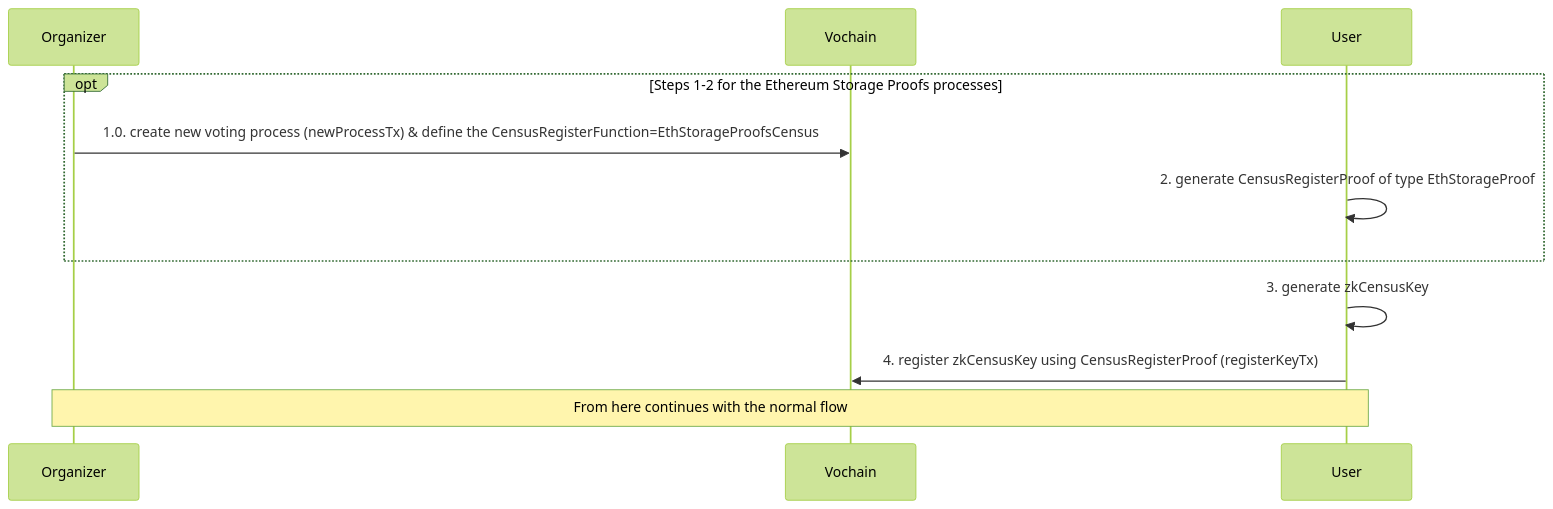
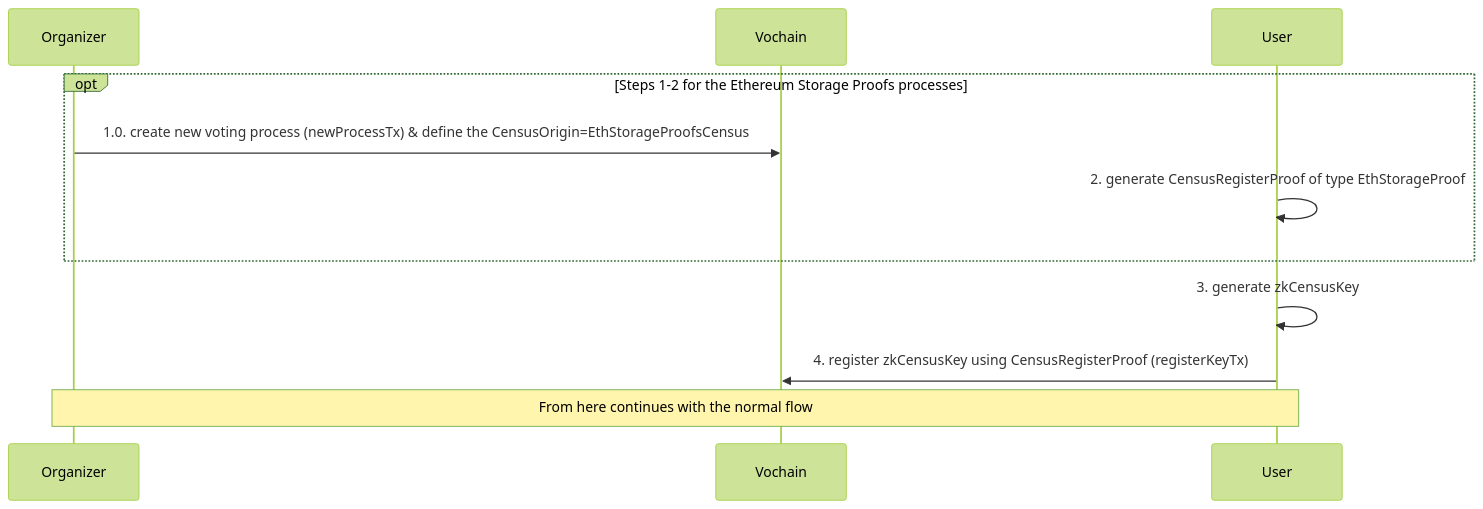
Before and after one commit to vocdoni/docs: the third of 3 diagrams in src/architecture/protocol/anonymous-voting/zk-census-proof.md, drawn with Mermaid. The commit also changed other lines of this file and 1 other file, not shown here.

First line of the commit message:
Add process flag preRegister &update zk-census doc

````diff
--- a/src/architecture/protocol/anonymous-voting/zk-census-proof.md
+++ b/src/architecture/protocol/anonymous-voting/zk-census-proof.md
@@ -183,12 +186,12 @@
 ```mermaid
 %%{init: {'theme':'forest'}}%%
 
 sequenceDiagram
 opt Steps 1-2 for the Ethereum Storage Proofs processes
-  Organizer->>Vochain: 1.0. create new voting process (newProcessTx) & define the CensusRegisterFunction=EthStorageProofsCensus
+  Organizer->>Vochain: 1.0. create new voting process (newProcessTx) & define the CensusOrigin=EthStorageProofsCensus
   User->>User: 2. generate CensusRegisterProof of type EthStorageProof
 end
 User->>User: 3. generate zkCensusKey
 User->>Vochain: 4. register zkCensusKey using CensusRegisterProof (registerKeyTx)
 Note over Organizer,User: From here continues with the normal flow
 ```
````
